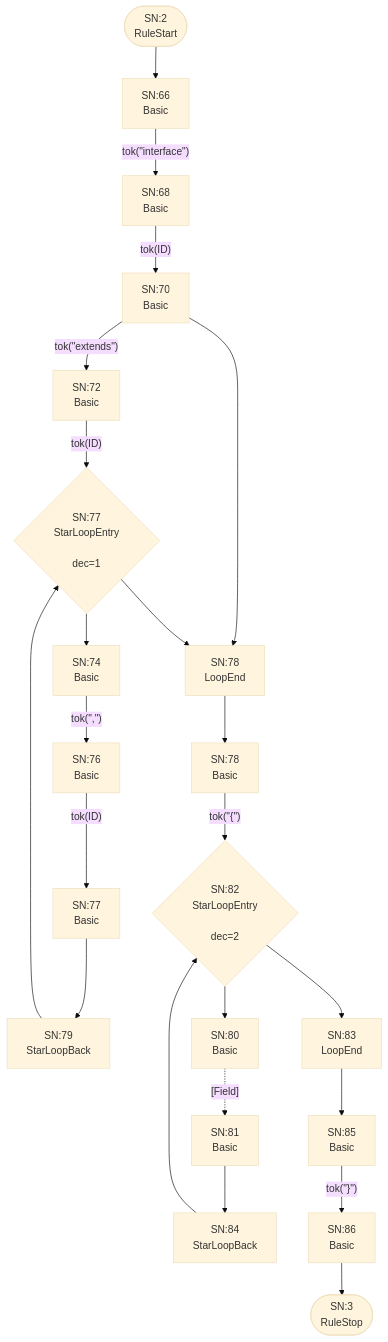
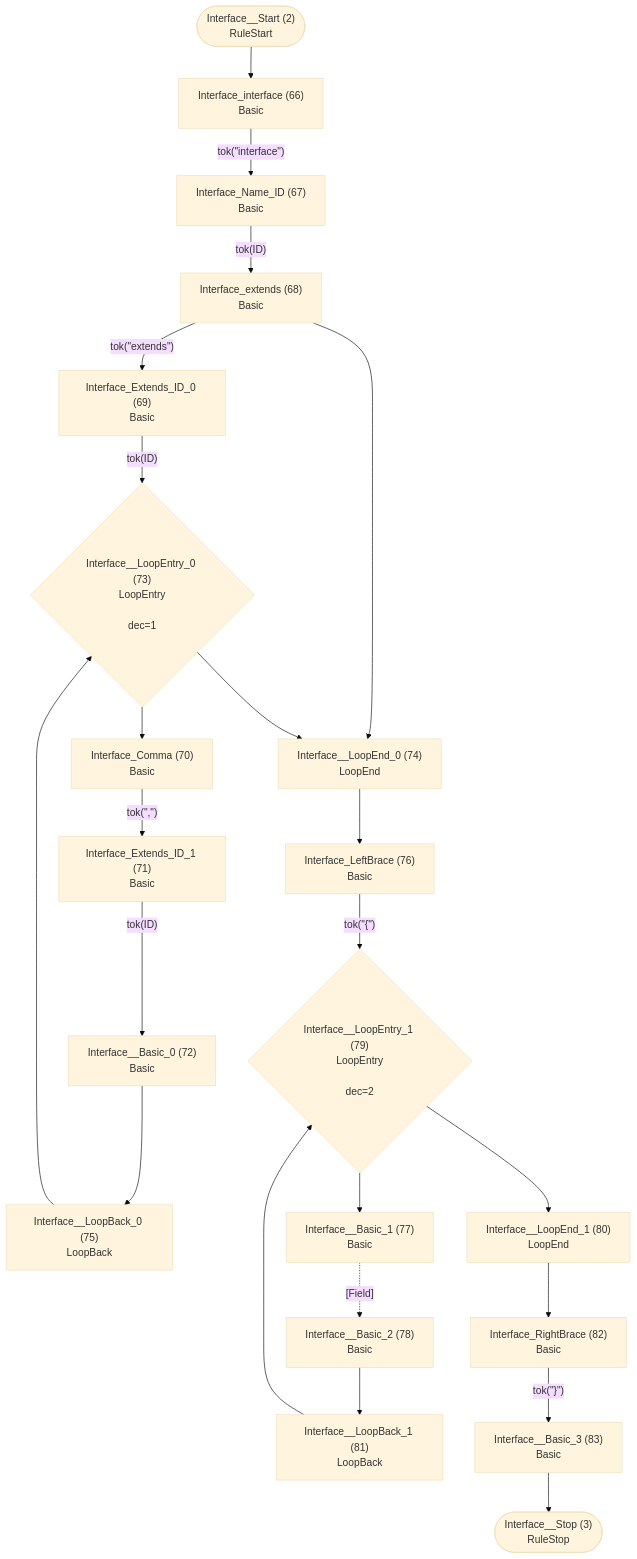
Before and after one commit to TypeFox/fastbelt: the second of 25 diagrams in internal/grammar/atn.md, drawn with Mermaid (base theme). The commit also changed other lines of this file and 26 other files, not shown here.

````diff
--- a/internal/grammar/atn.md
+++ b/internal/grammar/atn.md
@@ -51,46 +51,46 @@
 ```mermaid
 flowchart TD
-    q2(["SN:2<br/>RuleStart"])
-    q3(["SN:3<br/>RuleStop"])
-    q66["SN:66<br/>Basic<br/>"]
-    q67["SN:68<br/>Basic<br/>"]
-    q68["SN:70<br/>Basic<br/>"]
-    q69["SN:72<br/>Basic<br/>"]
-    q70["SN:74<br/>Basic<br/>"]
-    q71["SN:76<br/>Basic<br/>"]
-    q72["SN:77<br/>Basic<br/>"]
-    q73{"SN:77<br/>StarLoopEntry<br/><br/>dec=1"}
-    q74["SN:78<br/>LoopEnd<br/>"]
-    q75["SN:79<br/>StarLoopBack<br/>"]
-    q76["SN:78<br/>Basic<br/>"]
-    q77["SN:80<br/>Basic<br/>"]
-    q78["SN:81<br/>Basic<br/>"]
-    q79{"SN:82<br/>StarLoopEntry<br/><br/>dec=2"}
-    q80["SN:83<br/>LoopEnd<br/>"]
-    q81["SN:84<br/>StarLoopBack<br/>"]
-    q82["SN:85<br/>Basic<br/>"]
-    q83["SN:86<br/>Basic<br/>"]
+    q2(["Interface__Start (2)<br/>RuleStart"])
+    q3(["Interface__Stop (3)<br/>RuleStop"])
+    q66["Interface_interface (66)<br/>Basic<br/>"]
+    q67["Interface_Name_ID (67)<br/>Basic<br/>"]
+    q68["Interface_extends (68)<br/>Basic<br/>"]
+    q69["Interface_Extends_ID_0 (69)<br/>Basic<br/>"]
+    q70["Interface_Comma (70)<br/>Basic<br/>"]
+    q71["Interface_Extends_ID_1 (71)<br/>Basic<br/>"]
+    q72["Interface__Basic_0 (72)<br/>Basic<br/>"]
+    q73{"Interface__LoopEntry_0 (73)<br/>LoopEntry<br/><br/>dec=1"}
+    q74["Interface__LoopEnd_0 (74)<br/>LoopEnd<br/>"]
+    q75["Interface__LoopBack_0 (75)<br/>LoopBack<br/>"]
+    q76["Interface_LeftBrace (76)<br/>Basic<br/>"]
+    q77["Interface__Basic_1 (77)<br/>Basic<br/>"]
+    q78["Interface__Basic_2 (78)<br/>Basic<br/>"]
+    q79{"Interface__LoopEntry_1 (79)<br/>LoopEntry<br/><br/>dec=2"}
+    q80["Interface__LoopEnd_1 (80)<br/>LoopEnd<br/>"]
+    q81["Interface__LoopBack_1 (81)<br/>LoopBack<br/>"]
+    q82["Interface_RightBrace (82)<br/>Basic<br/>"]
+    q83["Interface__Basic_3 (83)<br/>Basic<br/>"]
 
     q2 --> q66
     q66 -->|"tok(&quot;interface&quot;)"| q67
     q67 -->|"tok(ID)"| q68
     q68 -->|"tok(&quot;extends&quot;)"| q69
     q68 --> q74
     q69 -->|"tok(ID)"| q73
     q70 -->|"tok(&quot;,&quot;)"| q71
     q71 -->|"tok(ID)"| q72
     q72 --> q75
     q73 --> q70
     q73 --> q74
     q74 --> q76
     q75 --> q73
     q76 -->|"tok(&quot;{&quot;)"| q79
     q77 -.->|"[Field]"| q78
     q78 --> q81
     q79 --> q77
     q79 --> q80
     q80 --> q82
     q81 --> q79
     q82 -->|"tok(&quot;}&quot;)"| q83
     q83 --> q3
 ```
````
